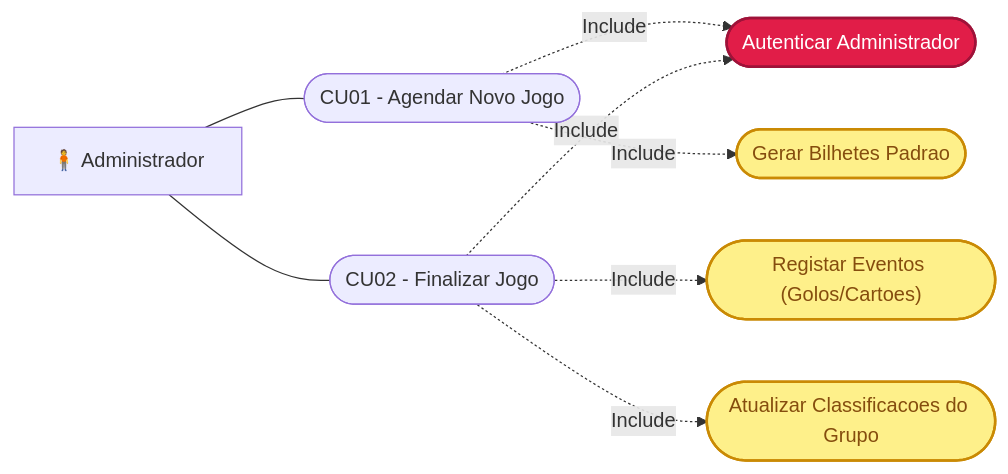
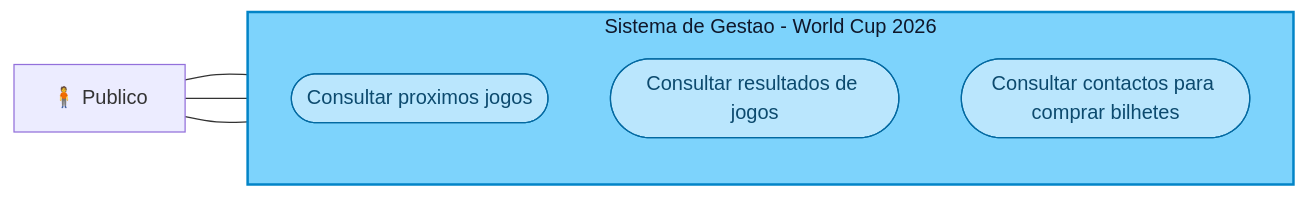
One commit to experimentos373-creator/ES changed the first of 10 diagrams in DIAGRAMA_CASOS_USO.md. Above: the diagram before and after it, drawn with Mermaid. The commit also changed other lines of this file and 1 other file, not shown here.

Commit message:
docs(iconix): atualizar diagramas de casos de uso para fidelidade 100% com imagens oficiais

````diff
--- a/DIAGRAMA_CASOS_USO.md
+++ b/DIAGRAMA_CASOS_USO.md
@@ -14,25 +14,18 @@
 ```mermaid
 flowchart LR
-  Admin["🧍 Administrador"]
+  Pub["🧍 Publico"]
+  subgraph Sistema["Sistema de Gestao - World Cup 2026"]
+    direction TB
+    CU1(["Consultar proximos jogos"])
+    CU2(["Consultar resultados de jogos"])
+    CU3(["Consultar contactos para comprar bilhetes"])
+  end
+  Pub --- CU1
+  Pub --- CU2
+  Pub --- CU3
 
-  Login(["Autenticar Administrador"])
-  CU01(["CU01 - Agendar Novo Jogo"])
-  CU01_sub(["Gerar Bilhetes Padrao"])
-  CU02(["CU02 - Finalizar Jogo"])
-  CU02_sub1(["Registar Eventos (Golos/Cartoes)"])
-  CU02_sub2(["Atualizar Classificacoes do Grupo"])
-
-  Admin --- CU01
-  Admin --- CU02
-
-  CU01 -.->|Include| Login
-  CU02 -.->|Include| Login
-  CU01 -.->|Include| CU01_sub
-  CU02 -.->|Include| CU02_sub1
-  CU02 -.->|Include| CU02_sub2
-
-  style Login fill:#E11D48,stroke:#9F1239,color:#ffffff,stroke-width:2px
-  style CU01_sub fill:#FEF08A,stroke:#CA8A04,color:#854D0E,stroke-width:2px
-  style CU02_sub1 fill:#FEF08A,stroke:#CA8A04,color:#854D0E,stroke-width:2px
-  style CU02_sub2 fill:#FEF08A,stroke:#CA8A04,color:#854D0E,stroke-width:2px
+  style Sistema fill:#7DD3FC,stroke:#0284C7,stroke-width:2px,color:#0f172a
+  style CU1 fill:#BAE6FD,stroke:#0369A1,color:#0c4a6e,stroke-width:1px
+  style CU2 fill:#BAE6FD,stroke:#0369A1,color:#0c4a6e,stroke-width:1px
+  style CU3 fill:#BAE6FD,stroke:#0369A1,color:#0c4a6e,stroke-width:1px
 ```
````
